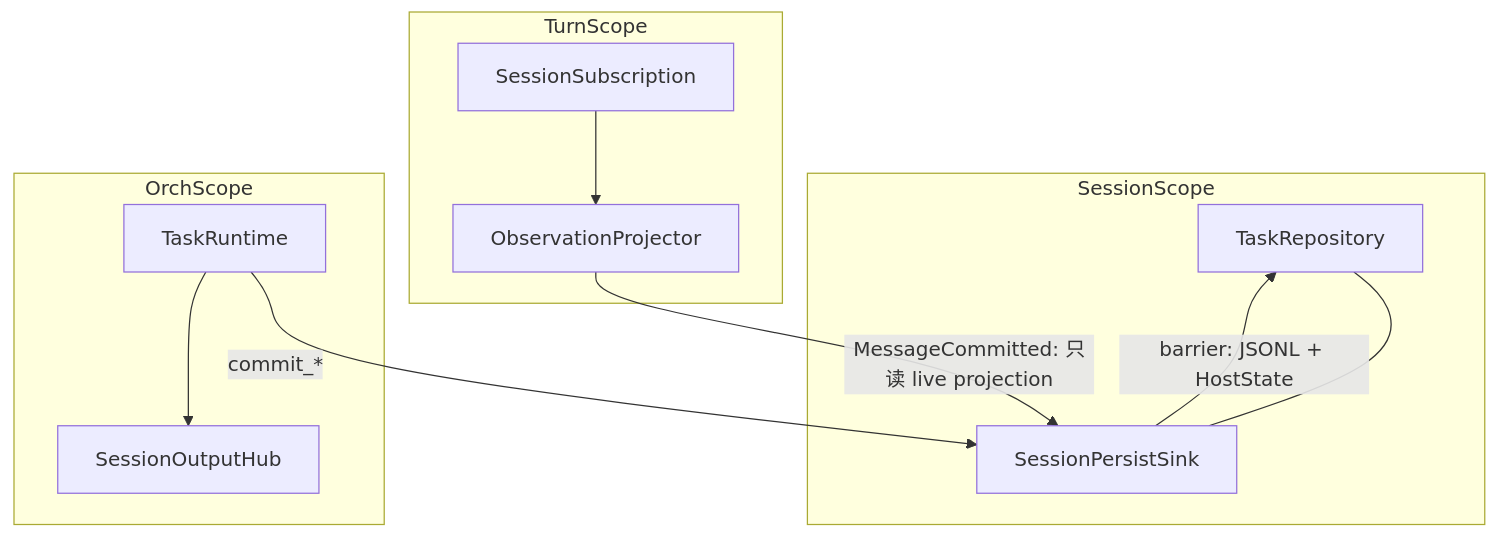
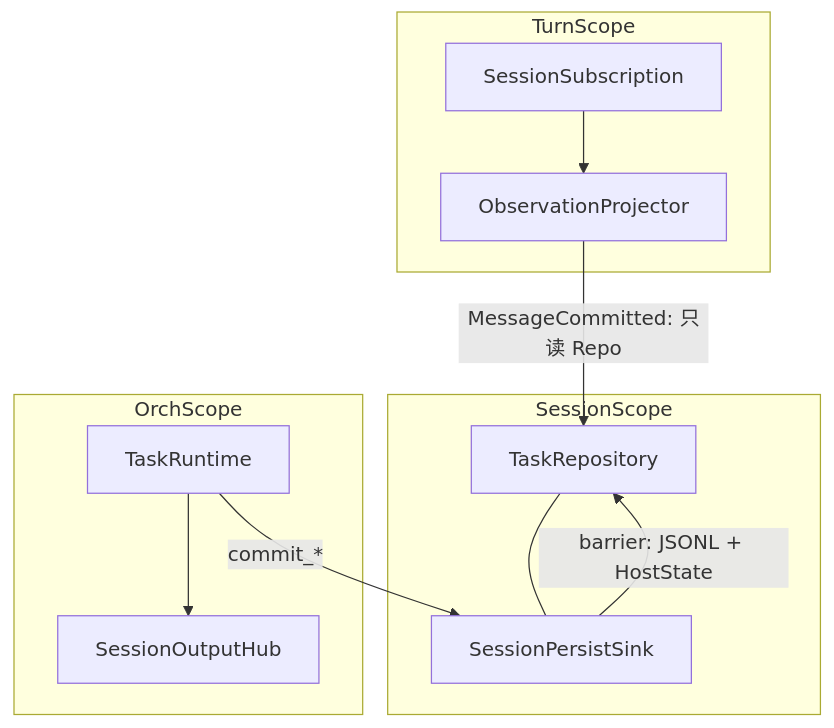
The second of 2 diagrams in packages/hostd/docs/design/persist-observation.md (biuld/piko), drawn with Mermaid before and after one commit. The commit also changed other lines of this file and 21 other files, not shown here.

````diff
--- a/packages/hostd/docs/design/persist-observation.md
+++ b/packages/hostd/docs/design/persist-observation.md
@@ -139,24 +139,24 @@
 ```mermaid
 flowchart TB
     subgraph sessionScope [SessionScope]
         Repo[TaskRepository]
         Sink[SessionPersistSink]
         Repo --- Sink
     end
 
     subgraph turnScope [TurnScope]
         Sub[SessionSubscription]
         Proj[ObservationProjector]
         Sub --> Proj
     end
 
     subgraph orchScope [OrchScope]
         TaskRT[TaskRuntime]
         Hub[SessionOutputHub]
         TaskRT -->|"commit_*"| Sink
         TaskRT --> Hub
     end
 
     Sink -->|"barrier: JSONL + HostState"| Repo
-    Proj -->|"MessageCommitted: 只读 live projection"| Sink
+    Proj -->|"MessageCommitted: 只读 Repo"| Repo
 ```
````
